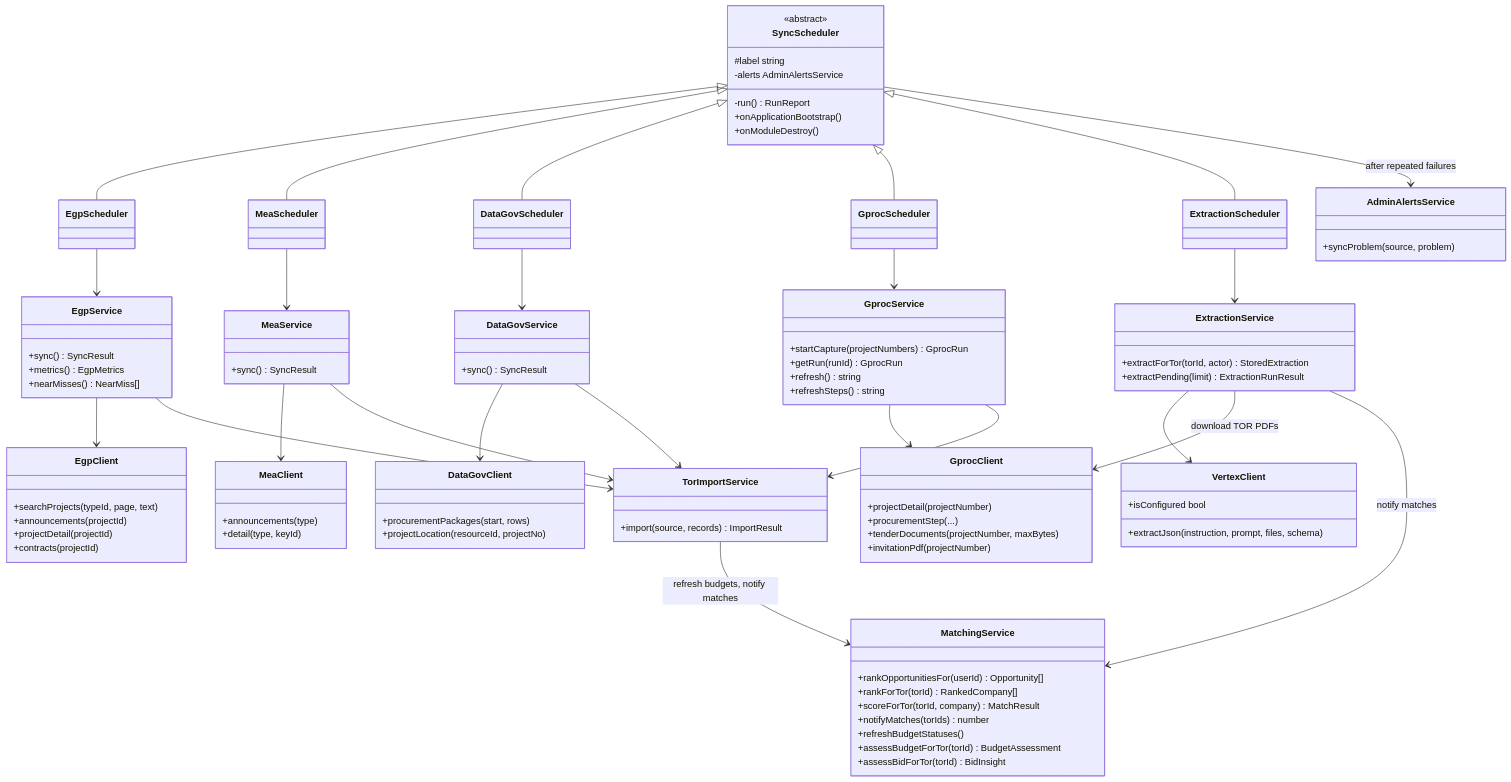
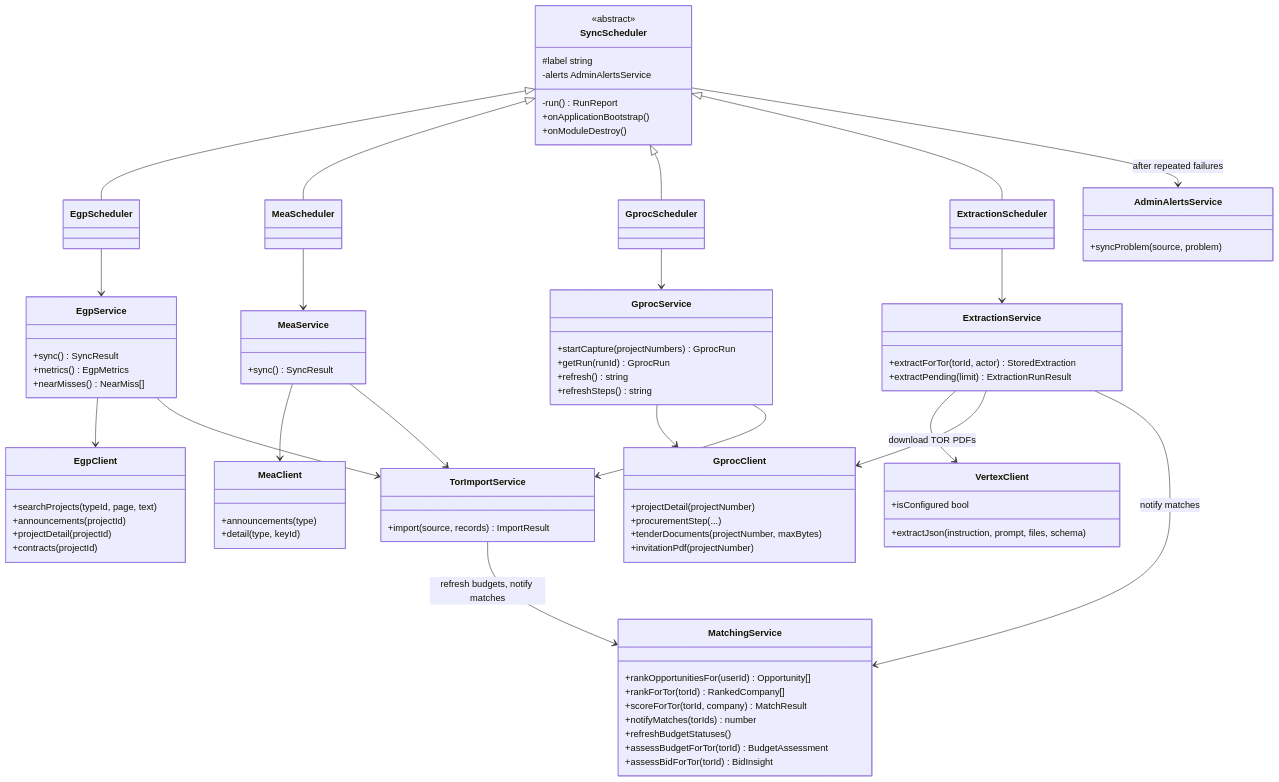
The first of 2 diagrams in docs/design/class-diagram.md (PhomMaiWai/TorFinder), drawn with Mermaid before and after one commit. The commit also changed 40 other files, not shown here.

Commit message:
refactor(import): remove the data.go.th importer

```diff
--- a/docs/design/class-diagram.md
+++ b/docs/design/class-diagram.md
@@ -21,7 +21,6 @@
     }
     class EgpScheduler
     class MeaScheduler
-    class DataGovScheduler
     class GprocScheduler
     class ExtractionScheduler
 
@@ -31,9 +30,6 @@
         +nearMisses() NearMiss[]
     }
     class MeaService {
-        +sync() SyncResult
-    }
-    class DataGovService {
         +sync() SyncResult
     }
     class GprocService {
@@ -51,10 +47,6 @@
     class MeaClient {
         +announcements(type)
         +detail(type, keyId)
-    }
-    class DataGovClient {
-        +procurementPackages(start, rows)
-        +projectLocation(resourceId, projectNo)
     }
     class GprocClient {
         +projectDetail(projectNumber)
@@ -88,24 +80,20 @@
 
     SyncScheduler <|-- EgpScheduler
     SyncScheduler <|-- MeaScheduler
-    SyncScheduler <|-- DataGovScheduler
     SyncScheduler <|-- GprocScheduler
     SyncScheduler <|-- ExtractionScheduler
     SyncScheduler --> AdminAlertsService : after repeated failures
 
     EgpScheduler --> EgpService
     MeaScheduler --> MeaService
-    DataGovScheduler --> DataGovService
     GprocScheduler --> GprocService
     ExtractionScheduler --> ExtractionService
 
     EgpService --> EgpClient
     MeaService --> MeaClient
-    DataGovService --> DataGovClient
     GprocService --> GprocClient
     EgpService --> TorImportService
     MeaService --> TorImportService
-    DataGovService --> TorImportService
     GprocService --> TorImportService
 
     TorImportService --> MatchingService : refresh budgets, notify matches
```
